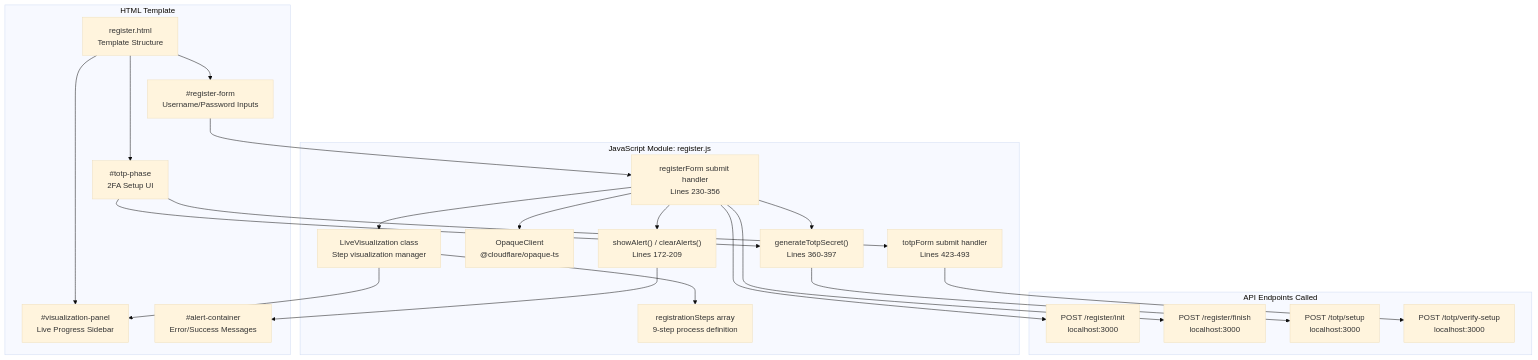
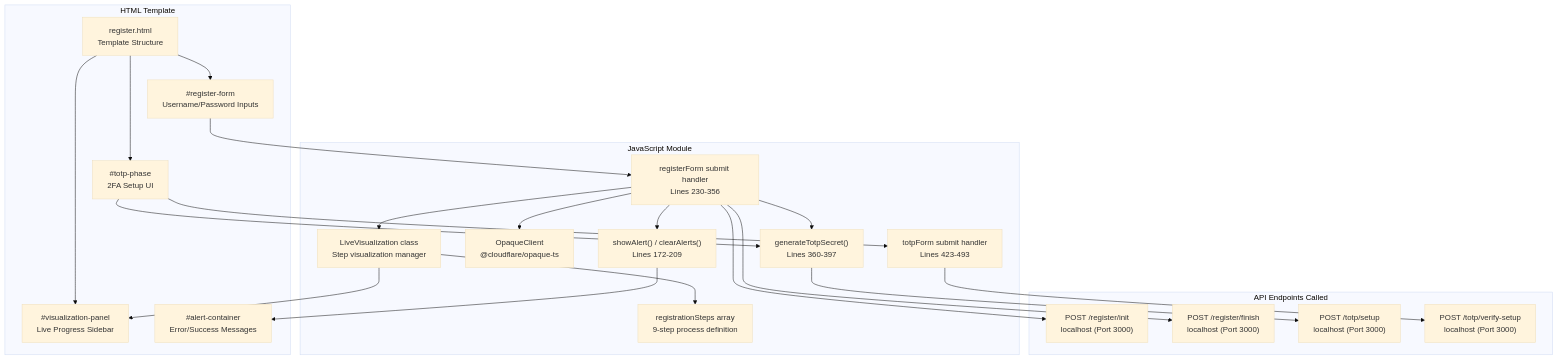
The first of 4 diagrams in docs/Registration-Flow-(Client-Side).md (RogueElectron/Cypher), drawn with Mermaid (base theme) before and after one commit. The commit also changed other lines of this file and 3 other files, not shown here.

````diff
--- a/docs/Registration-Flow-(Client-Side).md
+++ b/docs/Registration-Flow-(Client-Side).md
@@ -50,63 +50,63 @@
 ```mermaid
 flowchart TD
 
 RegisterHTML["register.html<br>Template Structure"]
 RegisterForm["#register-form<br>Username/Password Inputs"]
 TotpPhase["#totp-phase<br>2FA Setup UI"]
 VisualizationPanel["#visualization-panel<br>Live Progress Sidebar"]
 AlertContainer["#alert-container<br>Error/Success Messages"]
 LiveVisualization["LiveVisualization class<br>Step visualization manager"]
 RegistrationSteps["registrationSteps array<br>9-step process definition"]
 OpaqueClientImport["OpaqueClient<br>@cloudflare/opaque-ts"]
 FormHandler["registerForm submit handler<br>Lines 230-356"]
 TotpGenerator["generateTotpSecret()<br>Lines 360-397"]
 TotpVerifier["totpForm submit handler<br>Lines 423-493"]
 AlertSystem["showAlert() / clearAlerts()<br>Lines 172-209"]
-RegisterInit["POST /register/init<br>localhost:3000"]
-RegisterFinish["POST /register/finish<br>localhost:3000"]
-TotpSetup["POST /totp/setup<br>localhost:3000"]
-TotpVerifySetup["POST /totp/verify-setup<br>localhost:3000"]
+RegisterInit["POST /register/init<br>localhost (Port 3000)"]
+RegisterFinish["POST /register/finish<br>localhost (Port 3000)"]
+TotpSetup["POST /totp/setup<br>localhost (Port 3000)"]
+TotpVerifySetup["POST /totp/verify-setup<br>localhost (Port 3000)"]
 
 RegisterForm --> FormHandler
 TotpPhase --> TotpGenerator
 TotpPhase --> TotpVerifier
 LiveVisualization --> VisualizationPanel
 FormHandler --> RegisterInit
 FormHandler --> RegisterFinish
 TotpGenerator --> TotpSetup
 TotpVerifier --> TotpVerifySetup
 AlertSystem --> AlertContainer
 
 subgraph subGraph2 ["API Endpoints Called"]
     RegisterInit
     RegisterFinish
     TotpSetup
     TotpVerifySetup
 end
 
-subgraph subGraph1 ["JavaScript Module: register.js"]
+subgraph subGraph1 ["JavaScript Module"]
     LiveVisualization
     RegistrationSteps
     OpaqueClientImport
     FormHandler
     TotpGenerator
     TotpVerifier
     AlertSystem
     FormHandler --> OpaqueClientImport
     FormHandler --> AlertSystem
     FormHandler --> LiveVisualization
     LiveVisualization --> RegistrationSteps
     FormHandler --> TotpGenerator
 end
 
 subgraph subGraph0 ["HTML Template"]
     RegisterHTML
     RegisterForm
     TotpPhase
     VisualizationPanel
     AlertContainer
     RegisterHTML --> RegisterForm
     RegisterHTML --> TotpPhase
     RegisterHTML --> VisualizationPanel
 end
 ```
````
